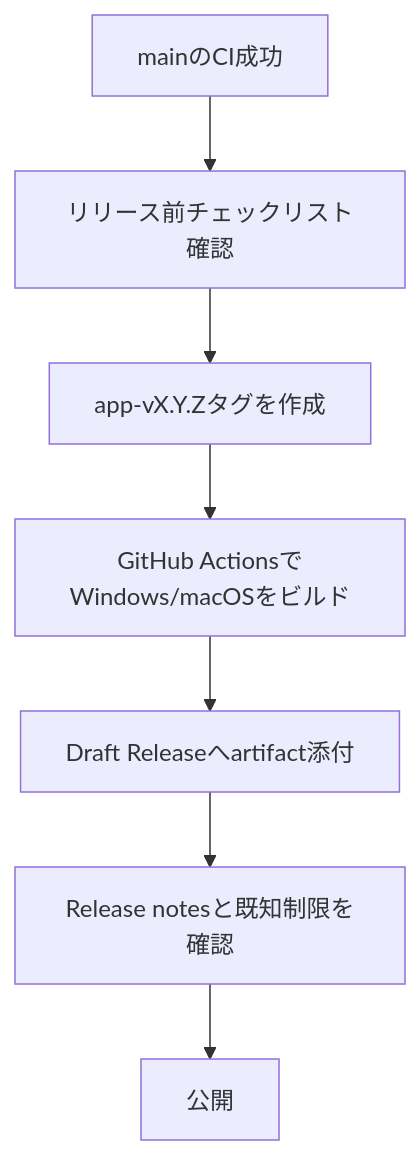
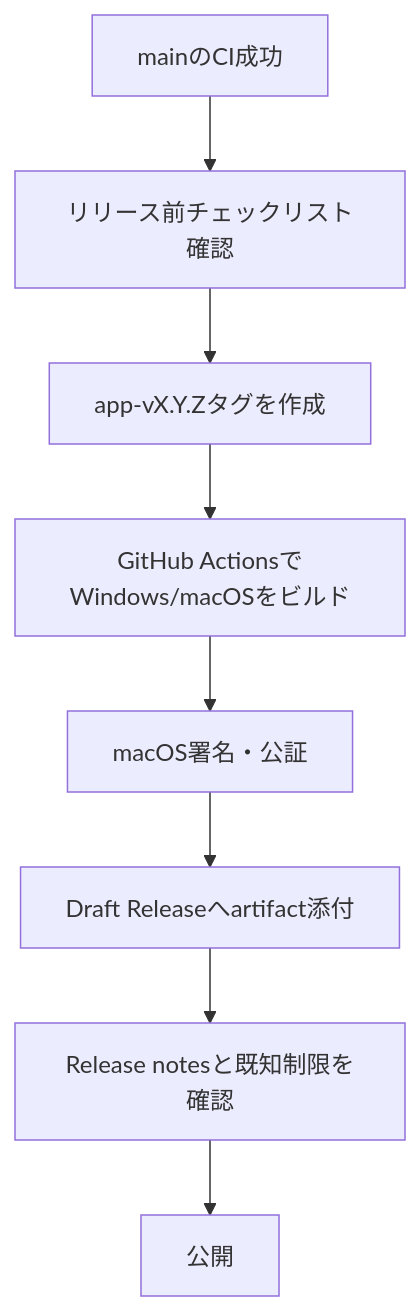
One commit to yt-hsgw/TaskTimer changed the diagram in docs/public-operations.md. Above: the diagram before and after it, drawn with Mermaid. The commit also changed other lines of this file and 14 other files, not shown here.

Commit message:
Configure macOS signing notarization release flow

````diff
--- a/docs/public-operations.md
+++ b/docs/public-operations.md
@@ -39,9 +40,10 @@
 ```mermaid
 flowchart TD
     A["mainのCI成功"] --> B["リリース前チェックリスト確認"]
     B --> C["app-vX.Y.Zタグを作成"]
     C --> D["GitHub ActionsでWindows/macOSをビルド"]
-    D --> E["Draft Releaseへartifact添付"]
-    E --> F["Release notesと既知制限を確認"]
-    F --> G["公開"]
+    D --> E["macOS署名・公証"]
+    E --> F["Draft Releaseへartifact添付"]
+    F --> G["Release notesと既知制限を確認"]
+    G --> H["公開"]
 ```
````
